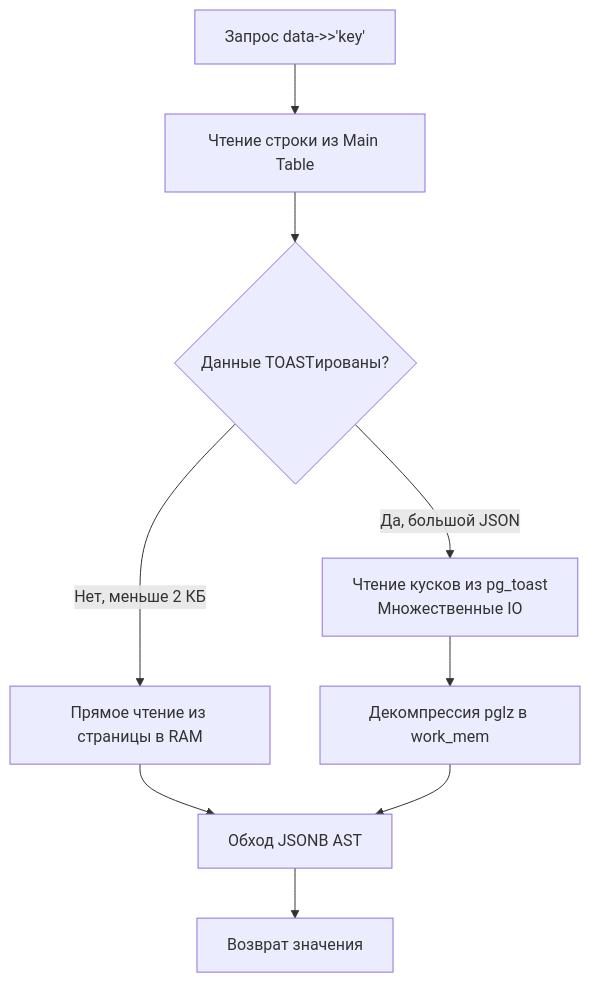
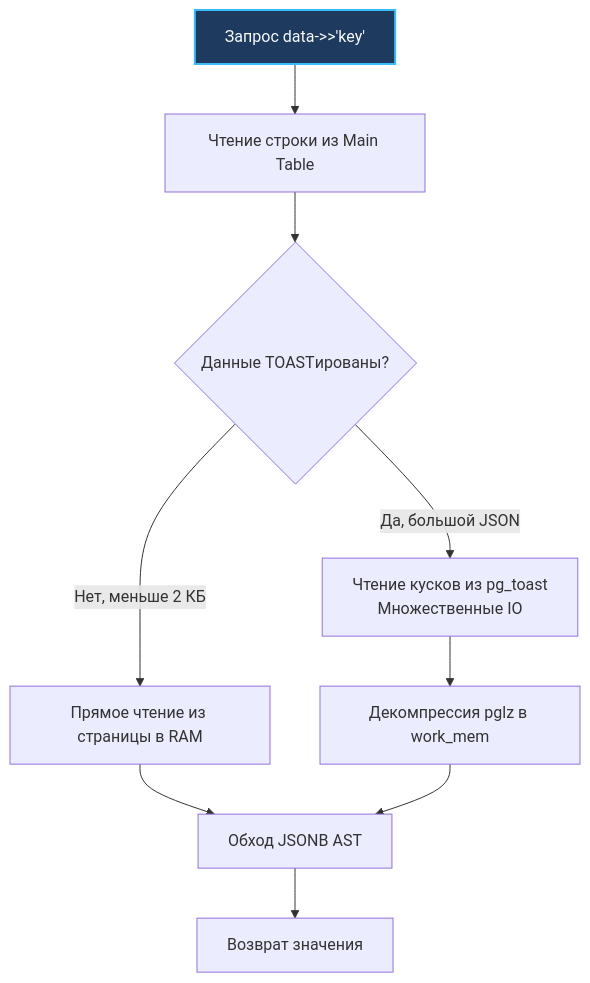
Before and after one commit to UnrealTemplier/go-textbook: the diagram in sources/12. Базы данных/03. SQL продвинутый/8. JSON в SQL.md, drawn with Mermaid. The commit also changed 1666 other files, not shown here.

First line of the commit message:
feat(mermaid): add semantic color classDef to 1369 colorless flowchart/graph diagrams

````diff
--- a/sources/12. Базы данных/03. SQL продвинутый/8. JSON в SQL.md
+++ b/sources/12. Базы данных/03. SQL продвинутый/8. JSON в SQL.md
@@ -40,11 +40,21 @@
 ```mermaid
 flowchart TD
-    A["Запрос data->>'key'"] --> B["Чтение строки из Main Table"]
+    classDef process  fill:#1e293b,stroke:#38bdf8,stroke-width:1px,color:#f8fafc
+    classDef success  fill:#064e3b,stroke:#34d399,stroke-width:1px,color:#f8fafc
+    classDef error    fill:#7f1d1d,stroke:#f87171,stroke-width:1px,color:#f8fafc
+    classDef warning  fill:#78350f,stroke:#fbbf24,stroke-width:1px,color:#f8fafc
+    classDef entry    fill:#1e3a5f,stroke:#38bdf8,stroke-width:2px,color:#f8fafc
+    classDef aux      fill:#334155,stroke:#64748b,stroke-width:1px,color:#f8fafc
+    classDef system   fill:#312e81,stroke:#a78bfa,stroke-width:1px,color:#f8fafc
+    classDef data     fill:#132d29,stroke:#2dd4bf,stroke-width:1px,color:#f8fafc
+    classDef network  fill:#881337,stroke:#fb7185,stroke-width:1px,color:#f8fafc
+    classDef accent   fill:#1e1b4b,stroke:#818cf8,stroke-width:1px,color:#f8fafc
+    A["Запрос data->>'key'"]:::entry --> B["Чтение строки из Main Table"]
     B --> C{"Данные TOASTированы?"}
     C -- "Нет, меньше 2 КБ" --> D["Прямое чтение из страницы в RAM"]
     D --> G["Обход JSONB AST"]
     C -- "Да, большой JSON" --> E["Чтение кусков из pg_toast<br>Множественные IO"]
     E --> F["Декомпрессия pglz в work_mem"]
     F --> G
     G --> H["Возврат значения"]
 ```
````
